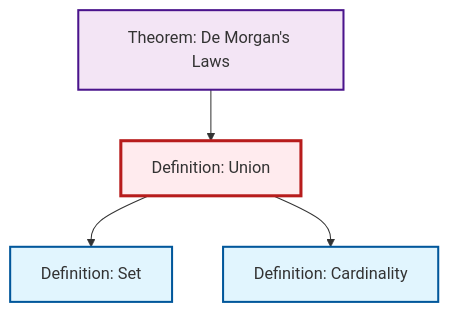
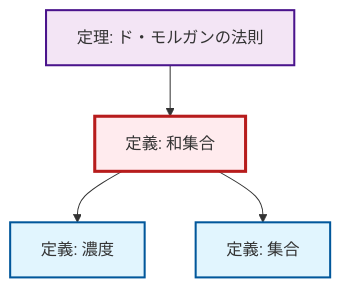
Before and after one commit to RK0429/ModernMath: the diagram in content/ja/logic-set-theory/def-union.qmd, drawn with Mermaid. The commit also changed 1069 other files, not shown here.

````diff
--- a/content/ja/logic-set-theory/def-union.qmd
+++ b/content/ja/logic-set-theory/def-union.qmd
@@ -55,20 +55,20 @@
 ```{mermaid}
 %%| fig-cap: "Local dependency graph"
 graph TD
     classDef definition fill:#e1f5fe,stroke:#01579b,stroke-width:2px
     classDef theorem fill:#f3e5f5,stroke:#4a148c,stroke-width:2px
     classDef axiom fill:#fff3e0,stroke:#e65100,stroke-width:2px
     classDef example fill:#e8f5e9,stroke:#1b5e20,stroke-width:2px
     classDef current fill:#ffebee,stroke:#b71c1c,stroke-width:3px
-    def-set["Definition: Set"]:::definition
-    def-union["Definition: Union"]:::definition
-    def-cardinality["Definition: Cardinality"]:::definition
-    thm-de-morgan["Theorem: De Morgan's Laws"]:::theorem
-    def-union --> def-set
+    def-union["定義: 和集合"]:::definition
+    def-cardinality["定義: 濃度"]:::definition
+    def-set["定義: 集合"]:::definition
+    thm-de-morgan["定理: ド・モルガンの法則"]:::theorem
     thm-de-morgan --> def-union
     def-union --> def-cardinality
+    def-union --> def-set
     class def-union current
-    click def-set "def-set.html" "Definition: Setへ"
-    click def-cardinality "def-cardinality.html" "Definition: Cardinalityへ"
-    click thm-de-morgan "thm-de-morgan.html" "Theorem: De Morgan's Lawsへ"
+    click def-cardinality "def-cardinality.html" "濃度の定義へ"
+    click def-set "def-set.html" "集合の定義へ"
+    click thm-de-morgan "thm-de-morgan.html" "ド・モルガンの法則の定理へ"
 ```
````
